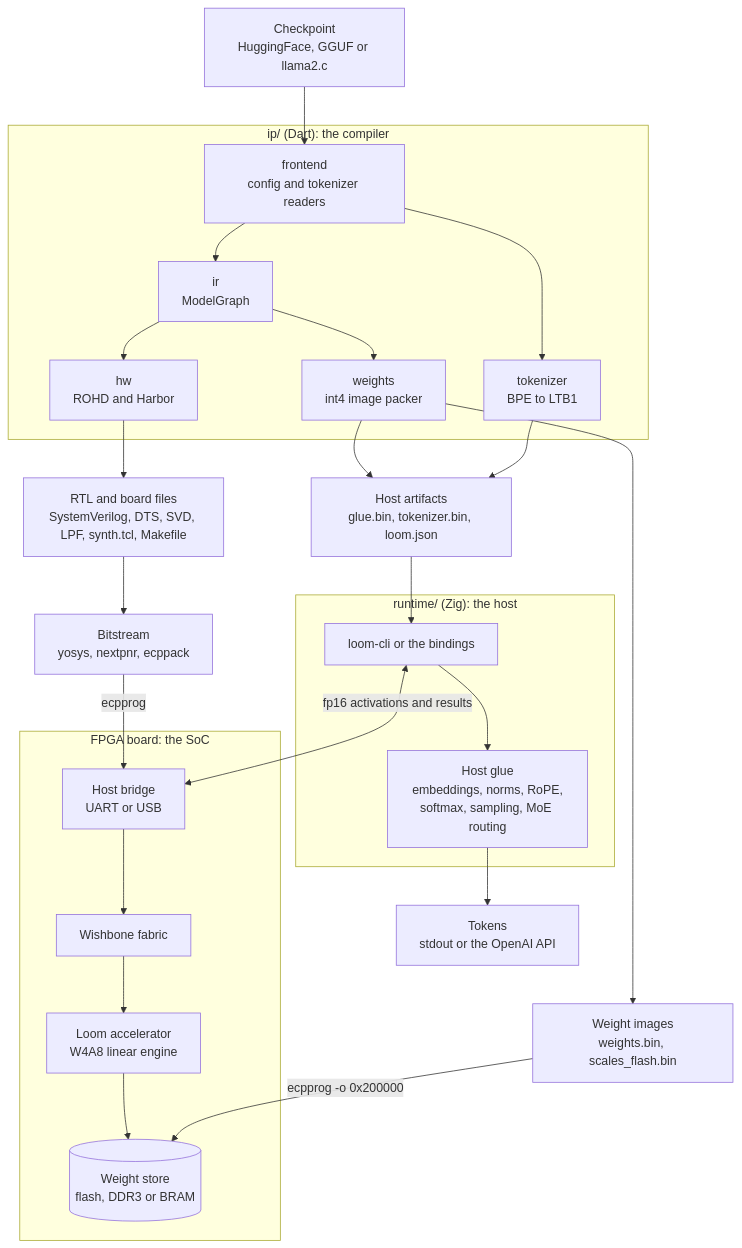
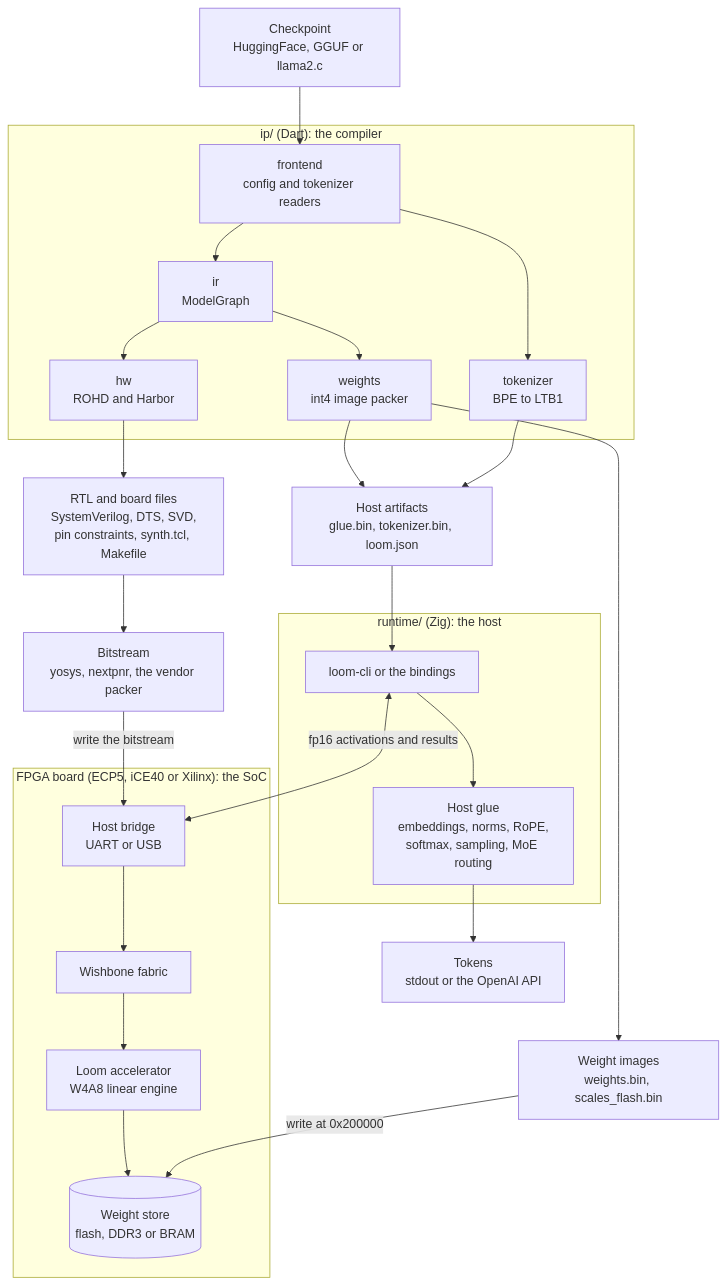
The first of 2 diagrams in docs/architecture.md (LilithSemi/loom), drawn with Mermaid before and after one commit. The commit also changed other lines of this file and 14 other files, not shown here.

````diff
--- a/docs/architecture.md
+++ b/docs/architecture.md
@@ -5,52 +5,52 @@
 ```mermaid
 flowchart TD
     ckpt["Checkpoint<br>HuggingFace, GGUF or llama2.c"]
 
     subgraph compiler["ip/ (Dart): the compiler"]
         frontend["frontend<br>config and tokenizer readers"]
         ir["ir<br>ModelGraph"]
         weights["weights<br>int4 image packer"]
         tokenizer["tokenizer<br>BPE to LTB1"]
         hw["hw<br>ROHD and Harbor"]
         frontend --> ir
         frontend --> tokenizer
         ir --> weights
         ir --> hw
     end
 
     ckpt --> frontend
 
-    rtl["RTL and board files<br>SystemVerilog, DTS, SVD, LPF, synth.tcl, Makefile"]
+    rtl["RTL and board files<br>SystemVerilog, DTS, SVD,<br>pin constraints, synth.tcl, Makefile"]
     images["Weight images<br>weights.bin, scales_flash.bin"]
     hostart["Host artifacts<br>glue.bin, tokenizer.bin, loom.json"]
 
     hw --> rtl
     weights --> images
     weights --> hostart
     tokenizer --> hostart
 
-    bitstream["Bitstream<br>yosys, nextpnr, ecppack"]
+    bitstream["Bitstream<br>yosys, nextpnr, the vendor packer"]
     rtl --> bitstream
 
-    subgraph fpga["FPGA board: the SoC"]
+    subgraph fpga["FPGA board (ECP5, iCE40 or Xilinx): the SoC"]
         bridge["Host bridge<br>UART or USB"]
         fabric["Wishbone fabric"]
         accel["Loom accelerator<br>W4A8 linear engine"]
         store[("Weight store<br>flash, DDR3 or BRAM")]
         bridge --> fabric
         fabric --> accel
         accel --> store
     end
 
     subgraph host["runtime/ (Zig): the host"]
         cli["loom-cli or the bindings"]
         glue["Host glue<br>embeddings, norms, RoPE,<br>softmax, sampling, MoE routing"]
         cli --> glue
     end
 
-    bitstream -->|"ecpprog"| bridge
-    images -->|"ecpprog -o 0x200000"| store
+    bitstream -->|"write the bitstream"| bridge
+    images -->|"write at 0x200000"| store
     hostart --> cli
     cli <-->|"fp16 activations and results"| bridge
     glue --> tokens["Tokens<br>stdout or the OpenAI API"]
 ```
````
